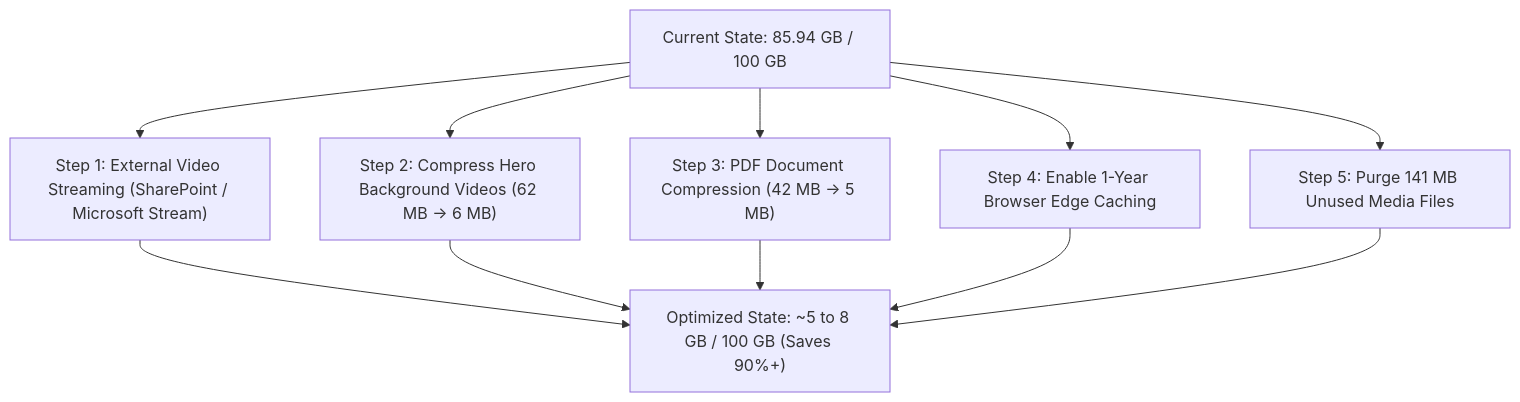
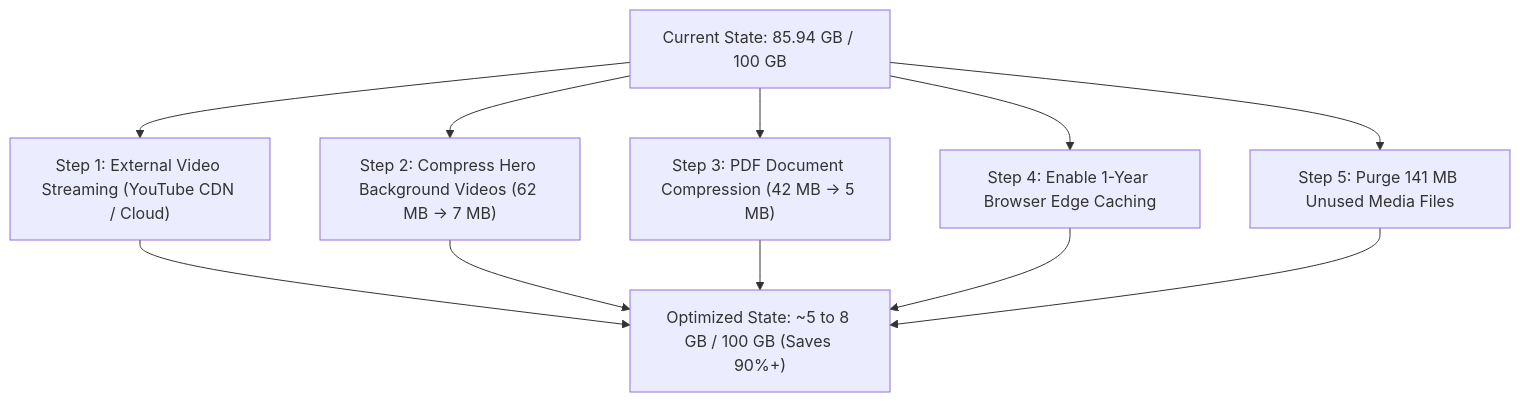
The second of 2 diagrams in iTANZ_Vercel_Bandwidth_and_Storage_Optimization_Report.md (OvotechWebsite/ITANZ-website), drawn with Mermaid before and after one commit. The commit also changed other lines of this file and 1 other file, not shown here.

Commit message:
feat(cbs): embed official YouTube video player inline with playback controls and zero sign-in

````diff
--- a/iTANZ_Vercel_Bandwidth_and_Storage_Optimization_Report.md
+++ b/iTANZ_Vercel_Bandwidth_and_Storage_Optimization_Report.md
@@ -116,9 +116,9 @@
 ```mermaid
 flowchart TD
-    A["Current State: 85.94 GB / 100 GB"] --> B["Step 1: External Video Streaming (SharePoint / Microsoft Stream)"]
-    A --> C["Step 2: Compress Hero Background Videos (62 MB -> 6 MB)"]
+    A["Current State: 85.94 GB / 100 GB"] --> B["Step 1: External Video Streaming (YouTube CDN / Cloud)"]
+    A --> C["Step 2: Compress Hero Background Videos (62 MB -> 7 MB)"]
     A --> D["Step 3: PDF Document Compression (42 MB -> 5 MB)"]
     A --> E["Step 4: Enable 1-Year Browser Edge Caching"]
     A --> F["Step 5: Purge 141 MB Unused Media Files"]
     B & C & D & E & F --> G["Optimized State: ~5 to 8 GB / 100 GB (Saves 90%+)"]
 ```
````
